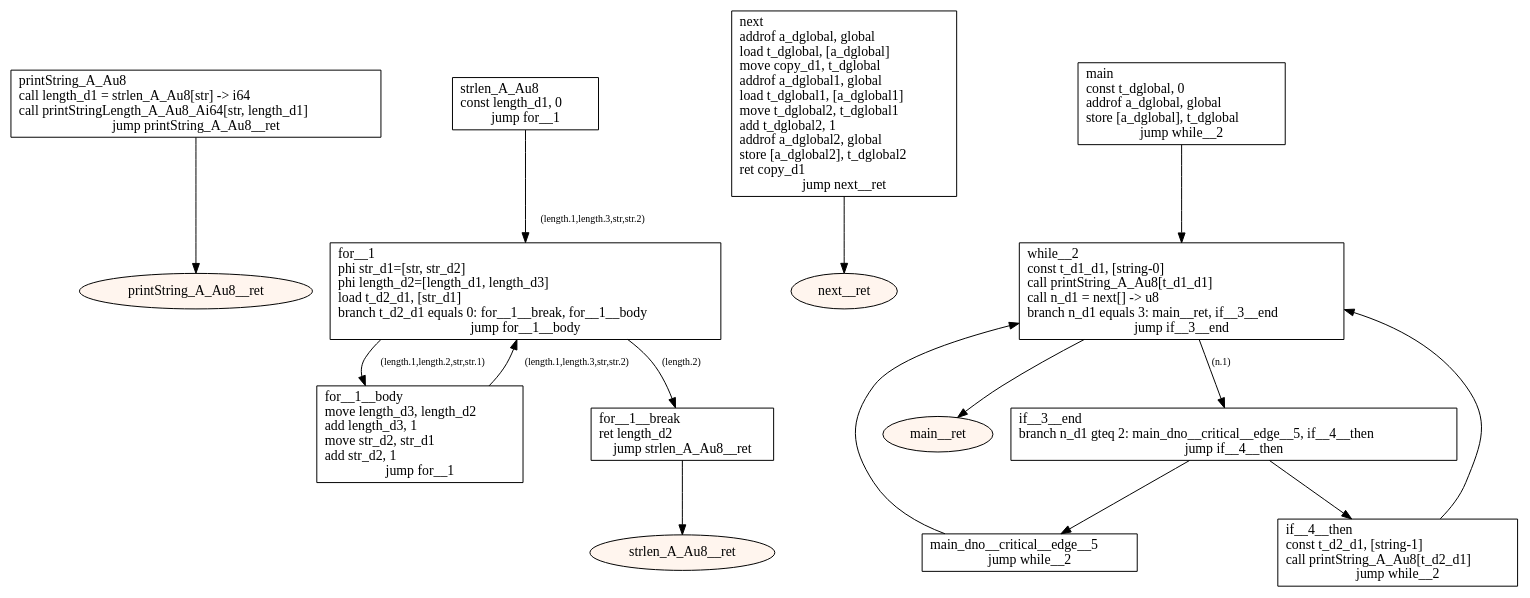
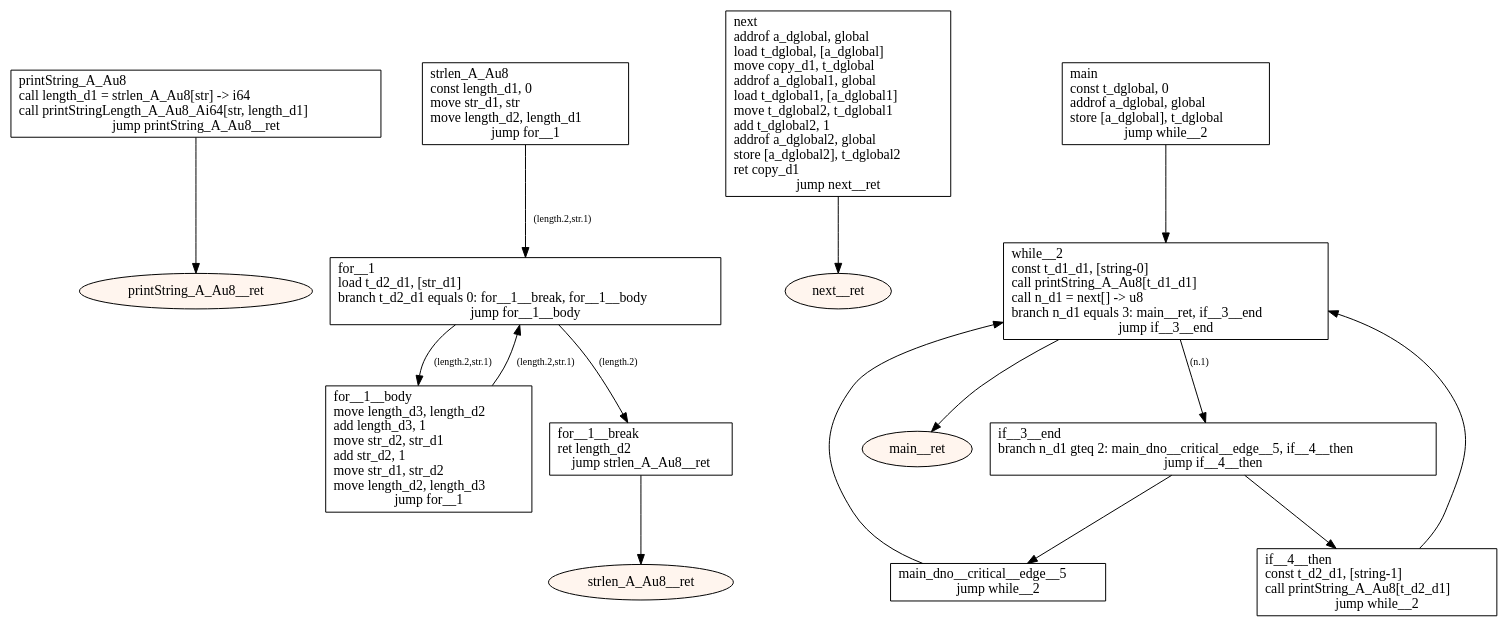
The diagram in src/main/resources-test/compiler/windows/global vars2.dot (tmssngr/tinyC), drawn with Graphviz before and after one commit. The commit also changed 159 other files, not shown here.

```diff
--- a/src/main/resources-test/compiler/windows/global vars2.dot
+++ b/src/main/resources-test/compiler/windows/global vars2.dot
@@ -1,40 +1,40 @@
 digraph program {
 	edge[fontsize="10pt"];
 	subgraph fn_printString_A_Au8 {
 		BasicBlock_0_printString_A_Au8 [label="printString_A_Au8\lcall length_d1 = strlen_A_Au8[str] -> i64\lcall printStringLength_A_Au8_Ai64[str, length_d1]\ljump printString_A_Au8__ret",shape=box];
 		BasicBlock_0_printString_A_Au8 -> BasicBlock_0_printString_A_Au8__ret;
 		BasicBlock_0_printString_A_Au8__ret [label="printString_A_Au8__ret",shape=oval,style=filled,fillcolor="#fff5ee"];
 	}
 	subgraph fn_strlen_A_Au8 {
-		BasicBlock_1_strlen_A_Au8 [label="strlen_A_Au8\lconst length_d1, 0\ljump for__1",shape=box];
-		BasicBlock_1_strlen_A_Au8 -> BasicBlock_1_for__1 [label="(length.1,length.3,str,str.2)"];
-		BasicBlock_1_for__1__body [label="for__1__body\lmove length_d3, length_d2\ladd length_d3, 1\lmove str_d2, str_d1\ladd str_d2, 1\ljump for__1",shape=box];
-		BasicBlock_1_for__1__body -> BasicBlock_1_for__1 [label="(length.1,length.3,str,str.2)"];
-		BasicBlock_1_for__1 [label="for__1\lphi str_d1=[str, str_d2]\lphi length_d2=[length_d1, length_d3]\lload t_d2_d1, [str_d1]\lbranch t_d2_d1 equals 0: for__1__break, for__1__body\ljump for__1__body",shape=box];
+		BasicBlock_1_strlen_A_Au8 [label="strlen_A_Au8\lconst length_d1, 0\lmove str_d1, str\lmove length_d2, length_d1\ljump for__1",shape=box];
+		BasicBlock_1_strlen_A_Au8 -> BasicBlock_1_for__1 [label="(length.2,str.1)"];
+		BasicBlock_1_for__1__body [label="for__1__body\lmove length_d3, length_d2\ladd length_d3, 1\lmove str_d2, str_d1\ladd str_d2, 1\lmove str_d1, str_d2\lmove length_d2, length_d3\ljump for__1",shape=box];
+		BasicBlock_1_for__1__body -> BasicBlock_1_for__1 [label="(length.2,str.1)"];
+		BasicBlock_1_for__1 [label="for__1\lload t_d2_d1, [str_d1]\lbranch t_d2_d1 equals 0: for__1__break, for__1__body\ljump for__1__body",shape=box];
 		BasicBlock_1_for__1 -> BasicBlock_1_for__1__break [label="(length.2)"];
-		BasicBlock_1_for__1 -> BasicBlock_1_for__1__body [label="(length.1,length.2,str,str.1)"];
+		BasicBlock_1_for__1 -> BasicBlock_1_for__1__body [label="(length.2,str.1)"];
 		BasicBlock_1_for__1__break [label="for__1__break\lret length_d2\ljump strlen_A_Au8__ret",shape=box];
 		BasicBlock_1_for__1__break -> BasicBlock_1_strlen_A_Au8__ret;
 		BasicBlock_1_strlen_A_Au8__ret [label="strlen_A_Au8__ret",shape=oval,style=filled,fillcolor="#fff5ee"];
 	}
 	subgraph fn_next {
 		BasicBlock_2_next [label="next\laddrof a_dglobal, global\lload t_dglobal, [a_dglobal]\lmove copy_d1, t_dglobal\laddrof a_dglobal1, global\lload t_dglobal1, [a_dglobal1]\lmove t_dglobal2, t_dglobal1\ladd t_dglobal2, 1\laddrof a_dglobal2, global\lstore [a_dglobal2], t_dglobal2\lret copy_d1\ljump next__ret",shape=box];
 		BasicBlock_2_next -> BasicBlock_2_next__ret;
 		BasicBlock_2_next__ret [label="next__ret",shape=oval,style=filled,fillcolor="#fff5ee"];
 	}
 	subgraph fn_main {
 		BasicBlock_3_main [label="main\lconst t_dglobal, 0\laddrof a_dglobal, global\lstore [a_dglobal], t_dglobal\ljump while__2",shape=box];
 		BasicBlock_3_main -> BasicBlock_3_while__2;
 		BasicBlock_3_if__3__end [label="if__3__end\lbranch n_d1 gteq 2: main_dno__critical__edge__5, if__4__then\ljump if__4__then",shape=box];
 		BasicBlock_3_if__3__end -> BasicBlock_3_main_dno__critical__edge__5;
 		BasicBlock_3_if__3__end -> BasicBlock_3_if__4__then;
 		BasicBlock_3_main_dno__critical__edge__5 [label="main_dno__critical__edge__5\ljump while__2",shape=box];
 		BasicBlock_3_main_dno__critical__edge__5 -> BasicBlock_3_while__2;
 		BasicBlock_3_if__4__then [label="if__4__then\lconst t_d2_d1, [string-1]\lcall printString_A_Au8[t_d2_d1]\ljump while__2",shape=box];
 		BasicBlock_3_if__4__then -> BasicBlock_3_while__2;
 		BasicBlock_3_while__2 [label="while__2\lconst t_d1_d1, [string-0]\lcall printString_A_Au8[t_d1_d1]\lcall n_d1 = next[] -> u8\lbranch n_d1 equals 3: main__ret, if__3__end\ljump if__3__end",shape=box];
 		BasicBlock_3_while__2 -> BasicBlock_3_main__ret;
 		BasicBlock_3_while__2 -> BasicBlock_3_if__3__end [label="(n.1)"];
 		BasicBlock_3_main__ret [label="main__ret",shape=oval,style=filled,fillcolor="#fff5ee"];
 	}
 }
```
